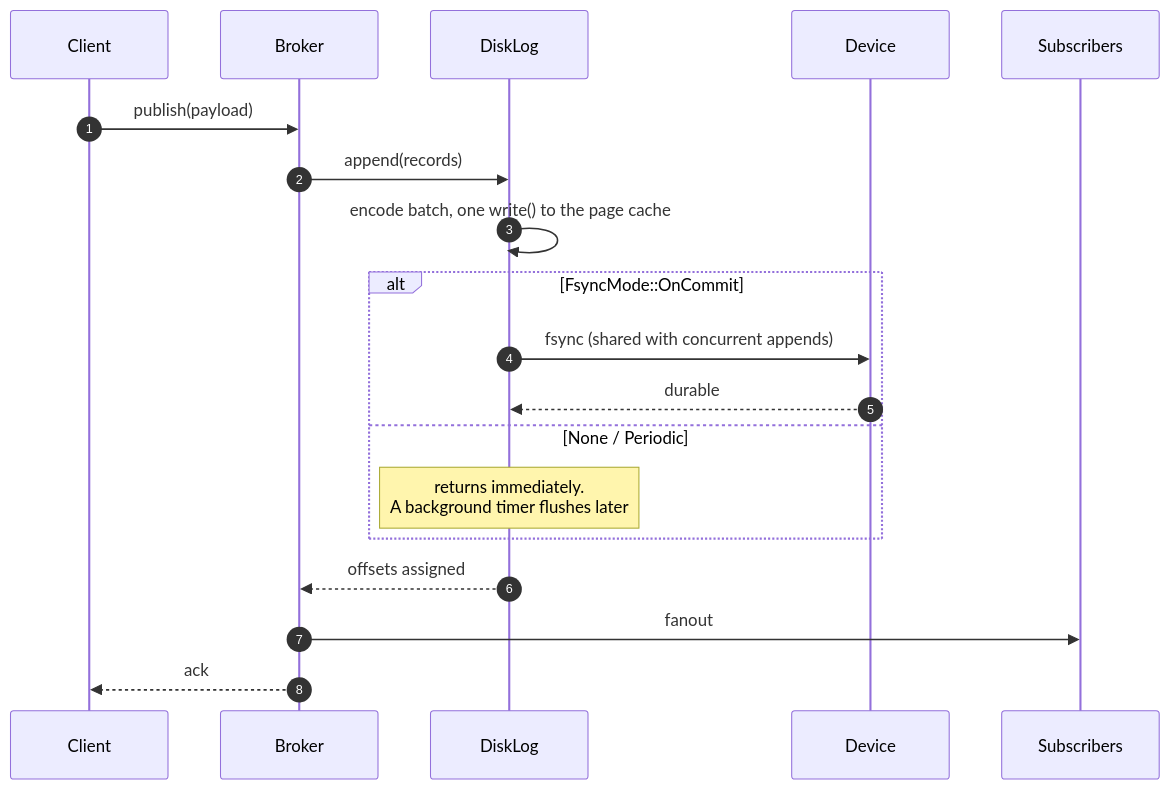
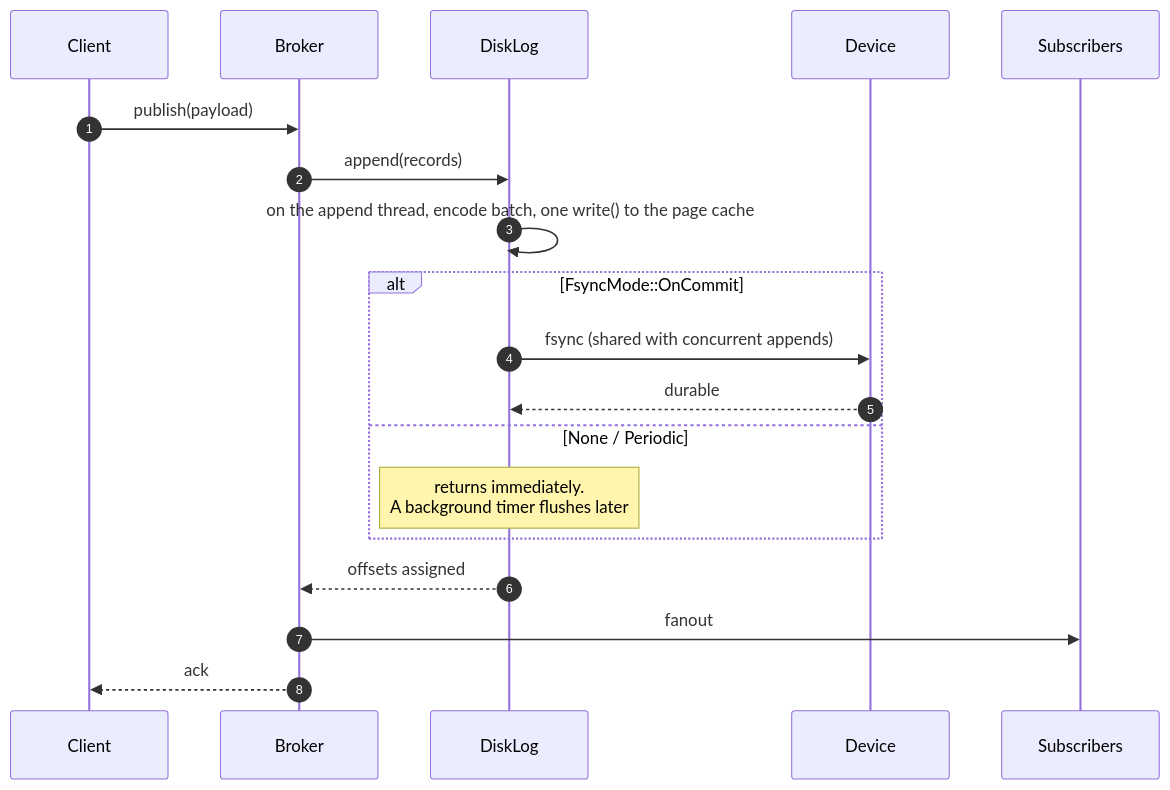
The second of 5 diagrams in docs-site/src/content/docs/architecture/durable-storage.md (GetFelix/felix), drawn with Mermaid before and after one commit. The commit also changed other lines of this file and 23 other files, not shown here.

````diff
--- a/docs-site/src/content/docs/architecture/durable-storage.md
+++ b/docs-site/src/content/docs/architecture/durable-storage.md
@@ -62,24 +62,24 @@
 ```mermaid
 sequenceDiagram
     autonumber
     participant C as Client
     participant B as Broker
     participant L as DiskLog
     participant D as Device
     participant S as Subscribers
 
     C->>B: publish(payload)
     B->>L: append(records)
-    L->>L: encode batch, one write() to the page cache
+    L->>L: on the append thread, encode batch, one write() to the page cache
 
     alt FsyncMode::OnCommit
         L->>D: fsync (shared with concurrent appends)
         D-->>L: durable
     else None / Periodic
         Note over L: returns immediately.<br/>A background timer flushes later
     end
 
     L-->>B: offsets assigned
     B->>S: fanout
     B-->>C: ack
 ```
````
